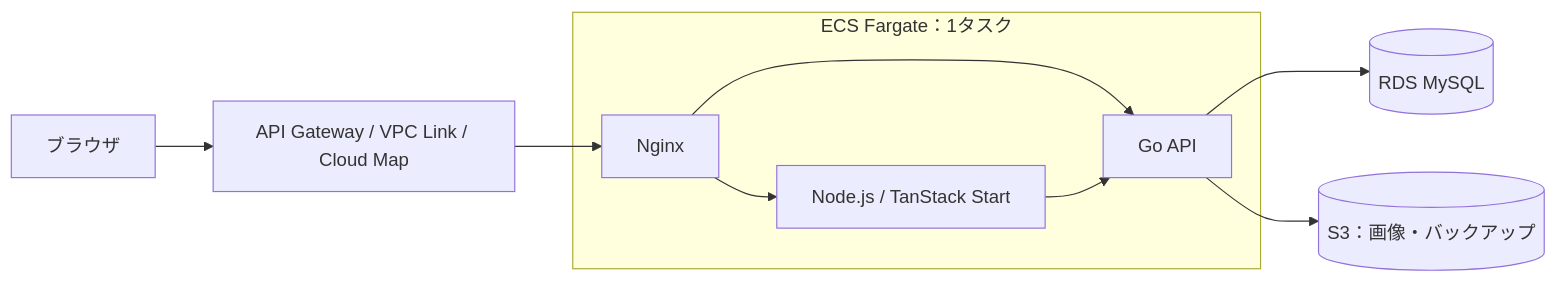
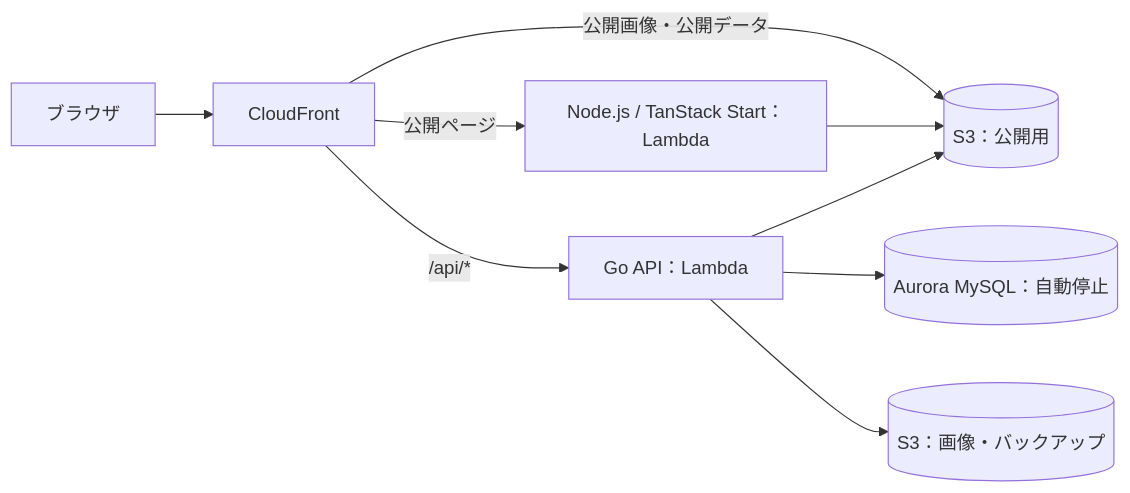
One commit to course-k/course-k-blog changed the diagram in README.md. Above: the diagram before and after it, drawn with Mermaid. The commit also changed other lines of this file and 14 other files, not shown here.

````diff
--- a/README.md
+++ b/README.md
@@ -23,12 +23,11 @@
 ```mermaid
 flowchart LR
-    browser[ブラウザ] --> entry[API Gateway / VPC Link / Cloud Map]
-    entry --> nginx
-    subgraph task[ECS Fargate：1タスク]
-        nginx[Nginx] --> node[Node.js / TanStack Start]
-        nginx --> api[Go API]
-        node --> api
-    end
-    api --> db[(RDS MySQL)]
+    browser[ブラウザ] --> cf[CloudFront]
+    cf -->|公開ページ| node[Node.js / TanStack Start：Lambda]
+    cf -->|公開画像・公開データ| pub[(S3：公開用)]
+    cf -->|/api/*| api[Go API：Lambda]
+    node --> pub
+    api --> db[(Aurora MySQL：自動停止)]
+    api --> pub
     api --> storage[(S3：画像・バックアップ)]
 ```
````
